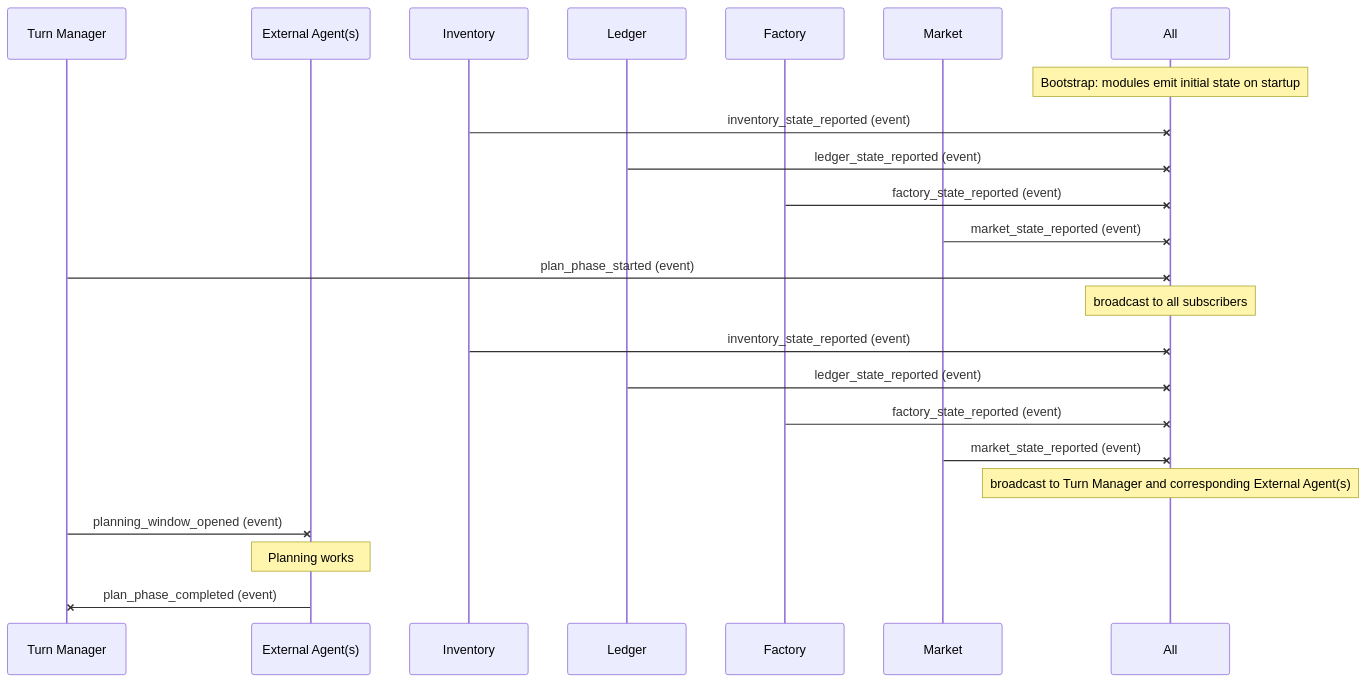
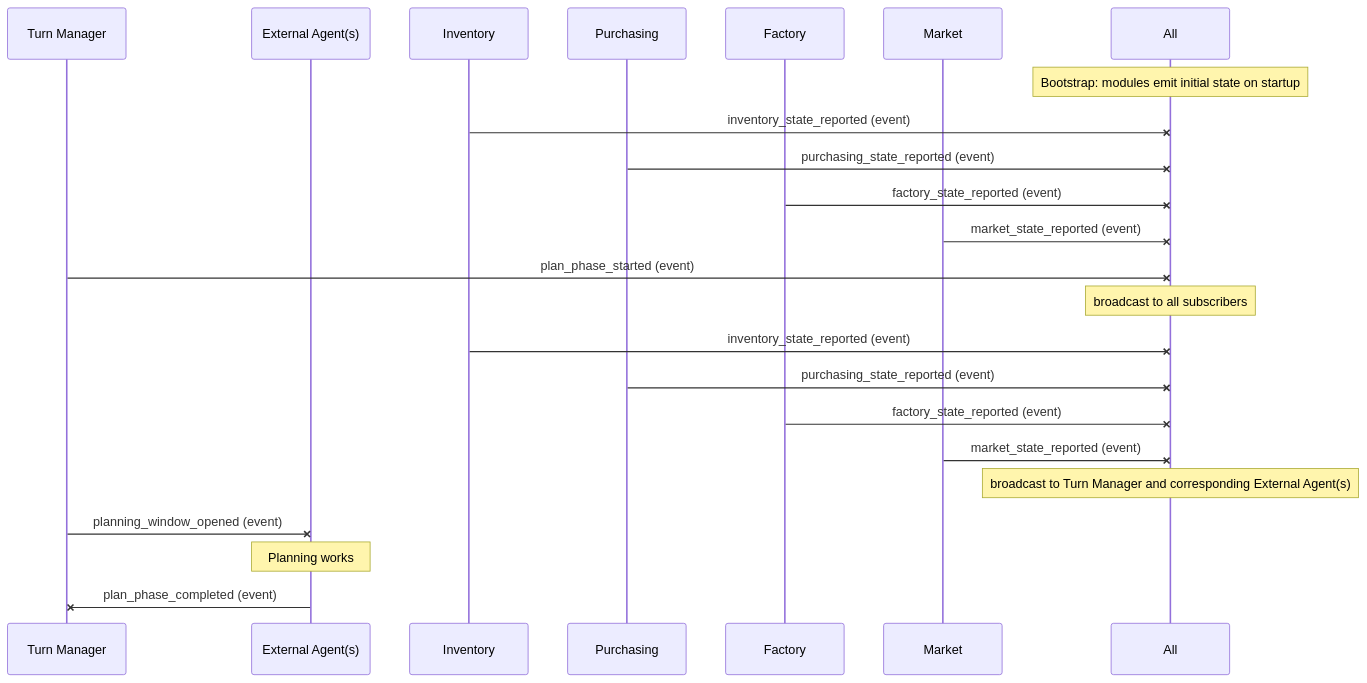
Before and after one commit to corvuslee/clipforge: the first of 7 diagrams in design_specifications/modules.md, drawn with Mermaid. The commit also changed other lines of this file and 9 other files, not shown here.

````diff
--- a/design_specifications/modules.md
+++ b/design_specifications/modules.md
@@ -66,28 +68,28 @@
 ```mermaid
 sequenceDiagram
     participant TM as Turn Manager
     participant Ext as External Agent(s)
     participant Inv as Inventory
-    participant Led as Ledger
+    participant Pur as Purchasing
     participant Fac as Factory
     participant Mar as Market
 
     note over All: Bootstrap: modules emit initial state on startup
     Inv-xAll: inventory_state_reported (event)
-    Led-xAll: ledger_state_reported (event)
+    Pur-xAll: purchasing_state_reported (event)
     Fac-xAll: factory_state_reported (event)
     Mar-xAll: market_state_reported (event)
     
     TM-xAll: plan_phase_started (event)
     note over All: broadcast to all subscribers
     
     Inv-xAll: inventory_state_reported (event)
-    Led-xAll: ledger_state_reported (event)
+    Pur-xAll: purchasing_state_reported (event)
     Fac-xAll: factory_state_reported (event)
     Mar-xAll: market_state_reported (event)
     note over All: broadcast to Turn Manager and corresponding External Agent(s)
     
     TM-xExt: planning_window_opened (event)
     note over Ext: Planning works
     Ext-xTM: plan_phase_completed (event)
 ```
````
